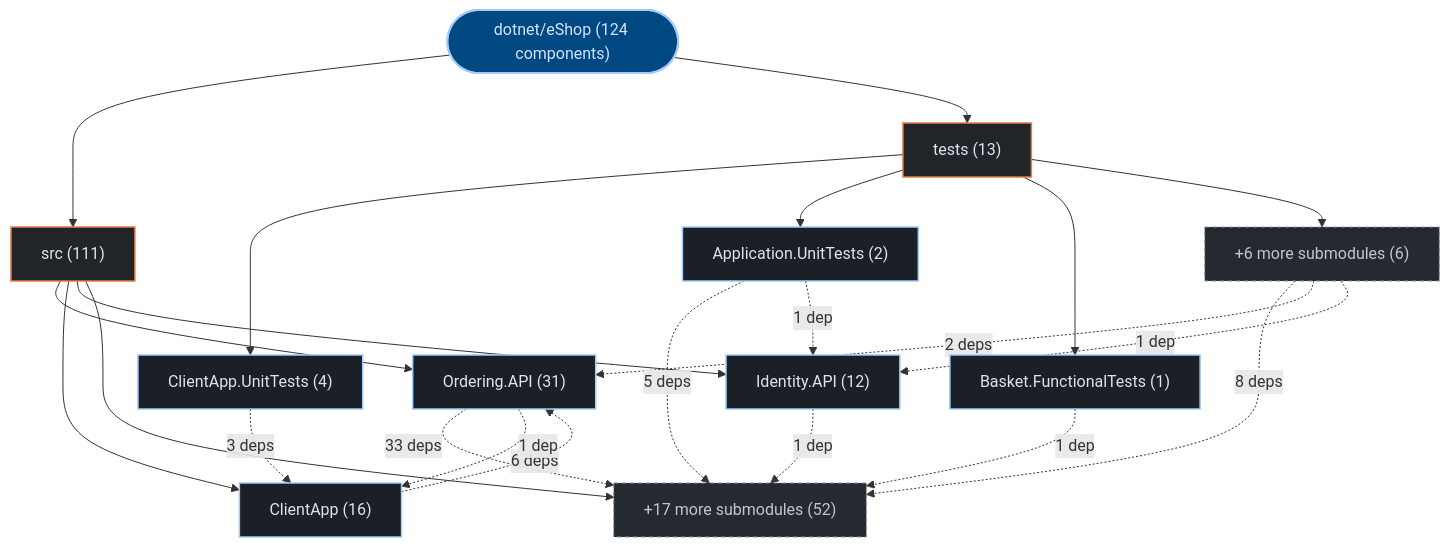
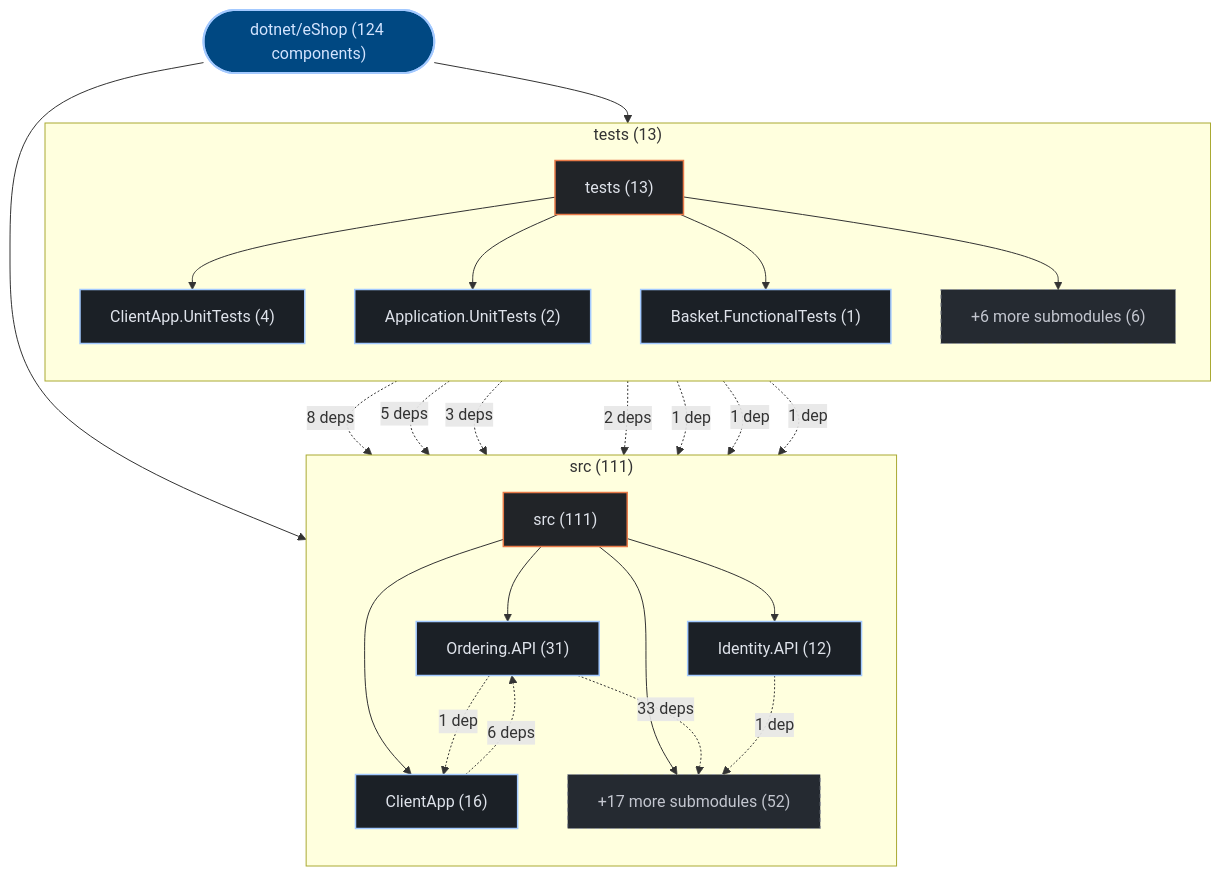
The first of 3 diagrams in exports/latest/reports/dotnet-eShop-report.md (kumarshaz/atruss-code-atlas), drawn with Mermaid before and after one commit. The commit also changed 178 other files, not shown here.

Commit message:
feat(ui,mermaid): upgrade to mermaid v12 + ELK layout, add orgs-summary + pagination, subgraph building blocks, fix tab alignment

````diff
--- a/exports/latest/reports/dotnet-eShop-report.md
+++ b/exports/latest/reports/dotnet-eShop-report.md
@@ -42,42 +42,48 @@
 ```mermaid
 graph TD;
   classDef atlasRoot fill:#004882,stroke:#a3c9ff,stroke-width:2px,color:#d3e4ff
   classDef atlasCategory fill:#212428,stroke:#E87A48,stroke-width:1.5px,color:#dfe3eb
   classDef atlasWorkflow fill:#1b2026,stroke:#a3c9ff,stroke-width:1.5px,color:#dfe3eb
   classDef atlasJob fill:#171c22,stroke:#8d9199,stroke-width:1px,color:#dfe3eb
   classDef atlasTarget fill:#005227,stroke:#8bd99b,stroke-width:1.5px,color:#a7f6b6
   classDef atlasAlert fill:#93000a,stroke:#ffb4ab,stroke-width:1.5px,color:#ffdad6
   classDef atlasMore fill:#252a31,stroke:#8d9199,stroke-dasharray:4 4,color:#c3c6cf
     repo_root(["dotnet/eShop (124 components)"]):::atlasRoot
-    dir_0_src["src (111)"]:::atlasCategory
+    subgraph sg_dir_0_src["src (111)"]
+      direction TB
+      dir_0_src["src (111)"]:::atlasCategory
+      sub_0_0_Ordering_API["Ordering.API (31)"]:::atlasWorkflow
+      dir_0_src --> sub_0_0_Ordering_API
+      sub_0_1_ClientApp["ClientApp (16)"]:::atlasWorkflow
+      dir_0_src --> sub_0_1_ClientApp
+      sub_0_2_Identity_API["Identity.API (12)"]:::atlasWorkflow
+      dir_0_src --> sub_0_2_Identity_API
+      sub_0_more["+17 more submodules (52)"]:::atlasMore
+      dir_0_src --> sub_0_more
+    end
     repo_root --> dir_0_src
-    sub_0_0_Ordering_API["Ordering.API (31)"]:::atlasWorkflow
-    dir_0_src --> sub_0_0_Ordering_API
-    sub_0_1_ClientApp["ClientApp (16)"]:::atlasWorkflow
-    dir_0_src --> sub_0_1_ClientApp
-    sub_0_2_Identity_API["Identity.API (12)"]:::atlasWorkflow
-    dir_0_src --> sub_0_2_Identity_API
-    sub_0_more["+17 more submodules (52)"]:::atlasMore
-    dir_0_src --> sub_0_more
-    dir_1_tests["tests (13)"]:::atlasCategory
+    subgraph sg_dir_1_tests["tests (13)"]
+      direction TB
+      dir_1_tests["tests (13)"]:::atlasCategory
+      sub_1_0_ClientApp_UnitTests["ClientApp.UnitTests (4)"]:::atlasWorkflow
+      dir_1_tests --> sub_1_0_ClientApp_UnitTests
+      sub_1_1_Application_UnitTests["Application.UnitTests (2)"]:::atlasWorkflow
+      dir_1_tests --> sub_1_1_Application_UnitTests
+      sub_1_2_Basket_FunctionalTests["Basket.FunctionalTests (1)"]:::atlasWorkflow
+      dir_1_tests --> sub_1_2_Basket_FunctionalTests
+      sub_1_more["+6 more submodules (6)"]:::atlasMore
+      dir_1_tests --> sub_1_more
+    end
     repo_root --> dir_1_tests
-    sub_1_0_ClientApp_UnitTests["ClientApp.UnitTests (4)"]:::atlasWorkflow
-    dir_1_tests --> sub_1_0_ClientApp_UnitTests
-    sub_1_1_Application_UnitTests["Application.UnitTests (2)"]:::atlasWorkflow
-    dir_1_tests --> sub_1_1_Application_UnitTests
-    sub_1_2_Basket_FunctionalTests["Basket.FunctionalTests (1)"]:::atlasWorkflow
-    dir_1_tests --> sub_1_2_Basket_FunctionalTests
-    sub_1_more["+6 more submodules (6)"]:::atlasMore
-    dir_1_tests --> sub_1_more
     sub_0_0_Ordering_API -.->|"33 deps"| sub_0_more
     sub_1_more -.->|"8 deps"| sub_0_more
     sub_0_1_ClientApp -.->|"6 deps"| sub_0_0_Ordering_API
     sub_1_1_Application_UnitTests -.->|"5 deps"| sub_0_more
     sub_1_0_ClientApp_UnitTests -.->|"3 deps"| sub_0_1_ClientApp
     sub_1_more -.->|"2 deps"| sub_0_0_Ordering_API
     sub_0_0_Ordering_API -.->|"1 dep"| sub_0_1_ClientApp
     sub_0_2_Identity_API -.->|"1 dep"| sub_0_more
     sub_1_1_Application_UnitTests -.->|"1 dep"| sub_0_2_Identity_API
     sub_1_2_Basket_FunctionalTests -.->|"1 dep"| sub_0_more
     sub_1_more -.->|"1 dep"| sub_0_2_Identity_API
 ```
````
